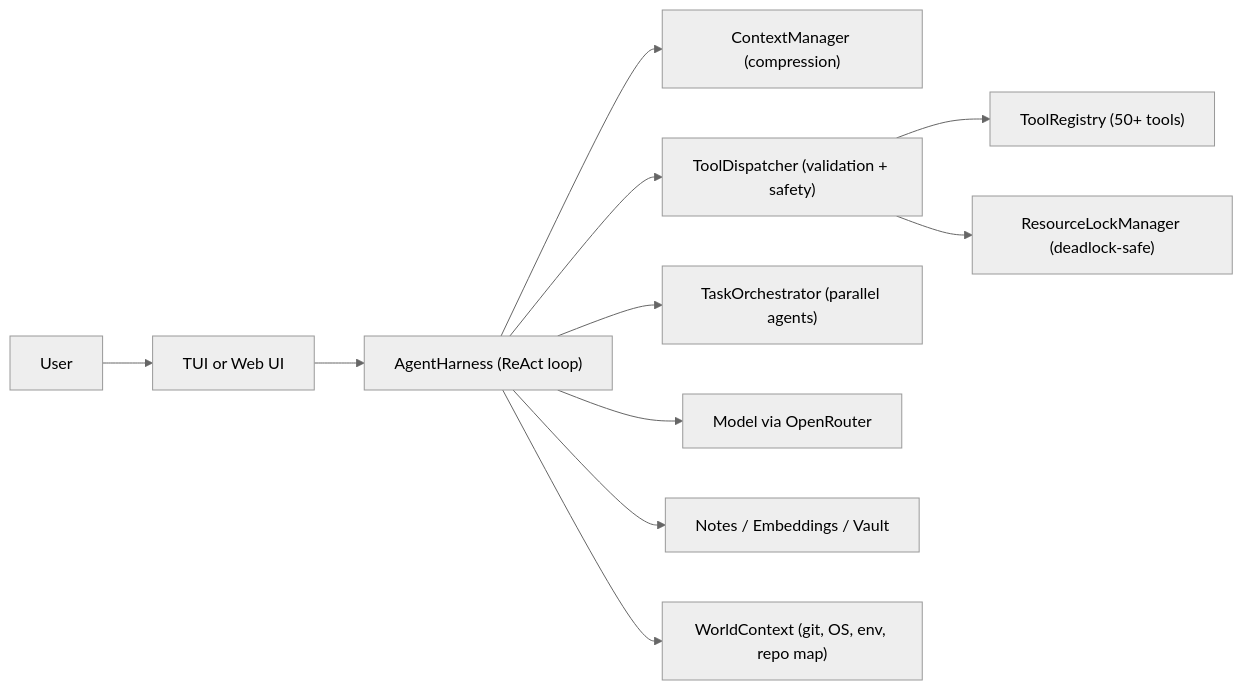
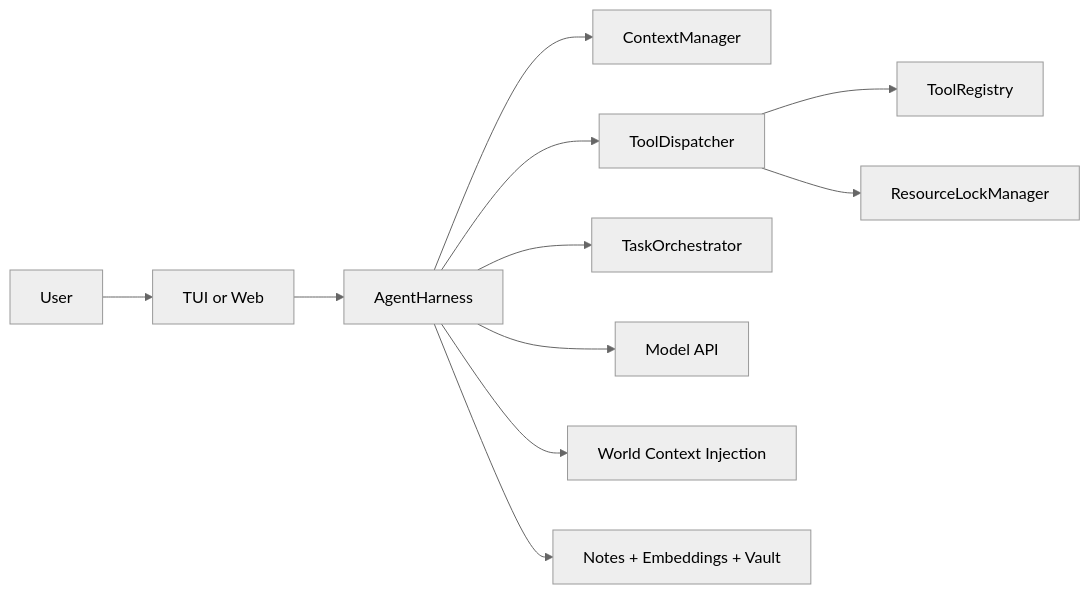
Before and after one commit to traidy2222/liminal-ai: the diagram in README.md, drawn with Mermaid (neutral theme). The commit also changed other lines of this file and 58 other files, not shown here.

````diff
--- a/README.md
+++ b/README.md
@@ -80,13 +78,13 @@
 ```mermaid
 flowchart LR
-  User --> UI["TUI or Web UI"]
-  UI --> Harness["AgentHarness (ReAct loop)"]
-  Harness --> Context["ContextManager (compression)"]
-  Harness --> Dispatcher["ToolDispatcher (validation + safety)"]
-  Dispatcher --> Registry["ToolRegistry (50+ tools)"]
-  Dispatcher --> Locks["ResourceLockManager (deadlock-safe)"]
-  Harness --> Orchestrator["TaskOrchestrator (parallel agents)"]
-  Harness --> LLM["Model via OpenRouter"]
-  Harness --> Memory["Notes / Embeddings / Vault"]
-  Harness --> WorldCtx["WorldContext (git, OS, env, repo map)"]
+  User --> UI[TUI or Web]
+  UI --> Harness[AgentHarness]
+  Harness --> Context[ContextManager]
+  Harness --> Dispatcher[ToolDispatcher]
+  Dispatcher --> Registry[ToolRegistry]
+  Dispatcher --> Locks[ResourceLockManager]
+  Harness --> Orchestrator[TaskOrchestrator]
+  Harness --> LLM[Model API]
+  Harness --> WorldContext[World Context Injection]
+  Harness --> Memory[Notes + Embeddings + Vault]
 ```
````
